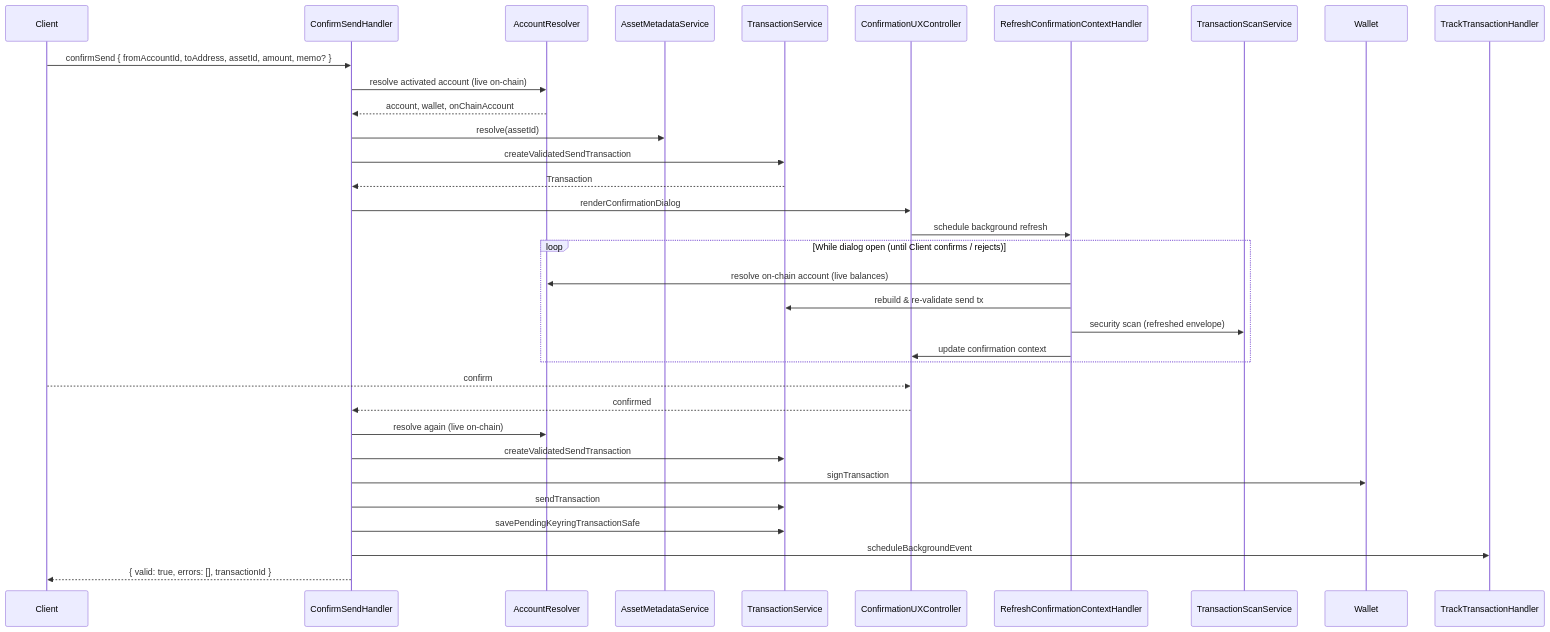
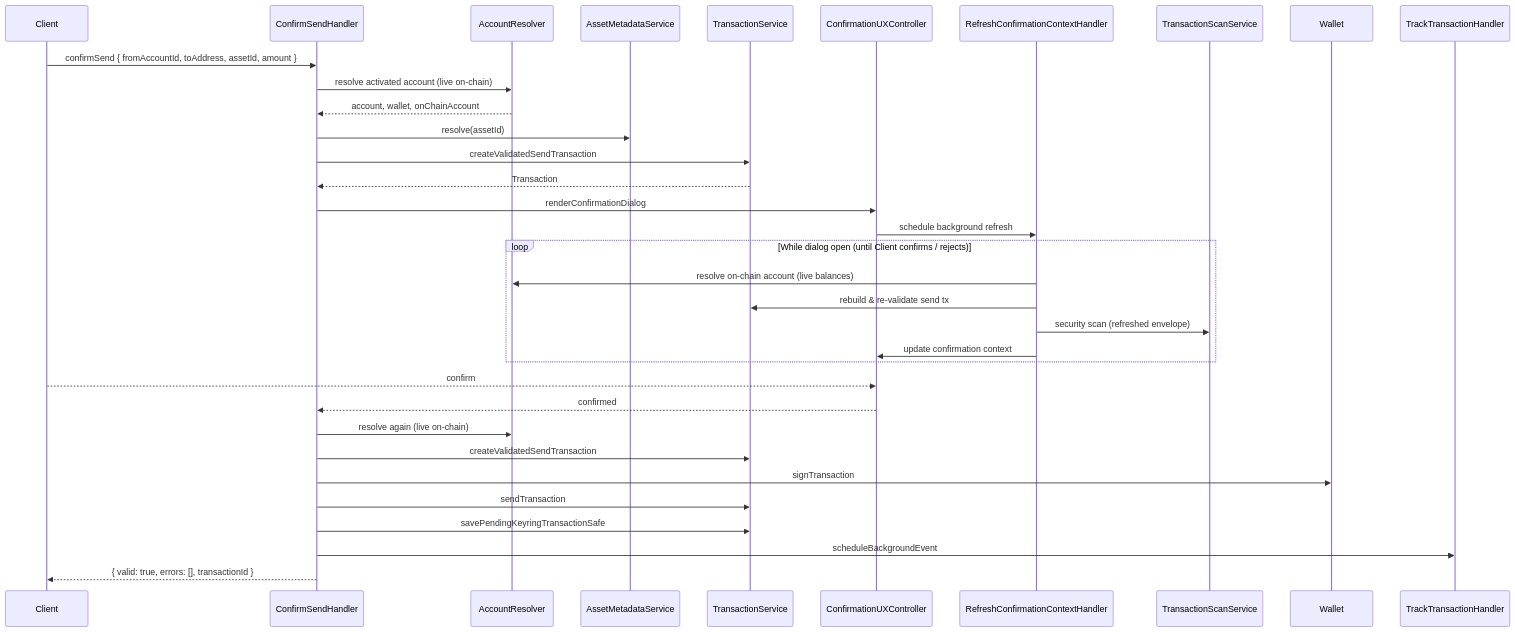
Before and after one commit to MetaMask/internal-snaps: the diagram in packages/stellar-wallet-snap/docs/use-cases/client-request/confirmSend.md, drawn with Mermaid. The commit also changed other lines of this file and 13 other files, not shown here.

Commit message:
refactor: remove client-side memo and memoType from confirmSend API and migrate resolution to TransactionService

````diff
--- a/packages/stellar-wallet-snap/docs/use-cases/client-request/confirmSend.md
+++ b/packages/stellar-wallet-snap/docs/use-cases/client-request/confirmSend.md
@@ -63,39 +61,39 @@
 ```mermaid
 sequenceDiagram
   participant Client
   participant Handler as ConfirmSendHandler
   participant Resolver as AccountResolver
   participant Meta as AssetMetadataService
   participant Tx as TransactionService
   participant UI as ConfirmationUXController
   participant Refresh as RefreshConfirmationContextHandler
   participant Scan as TransactionScanService
   participant Wallet
   participant Track as TrackTransactionHandler
 
-  Client->>Handler: confirmSend { fromAccountId, toAddress, assetId, amount, memo? }
+  Client->>Handler: confirmSend { fromAccountId, toAddress, assetId, amount }
   Handler->>Resolver: resolve activated account (live on-chain)
   Resolver-->>Handler: account, wallet, onChainAccount
   Handler->>Meta: resolve(assetId)
   Handler->>Tx: createValidatedSendTransaction
   Tx-->>Handler: Transaction
   Handler->>UI: renderConfirmationDialog
   UI->>Refresh: schedule background refresh
 
   loop While dialog open (until Client confirms / rejects)
     Refresh->>Resolver: resolve on-chain account (live balances)
     Refresh->>Tx: rebuild & re-validate send tx
     Refresh->>Scan: security scan (refreshed envelope)
     Refresh->>UI: update confirmation context
   end
 
   Client-->>UI: confirm
   UI-->>Handler: confirmed
   Handler->>Resolver: resolve again (live on-chain)
   Handler->>Tx: createValidatedSendTransaction
   Handler->>Wallet: signTransaction
   Handler->>Tx: sendTransaction
   Handler->>Tx: savePendingKeyringTransactionSafe
   Handler->>Track: scheduleBackgroundEvent
   Handler-->>Client: { valid: true, errors: [], transactionId }
 ```
````
